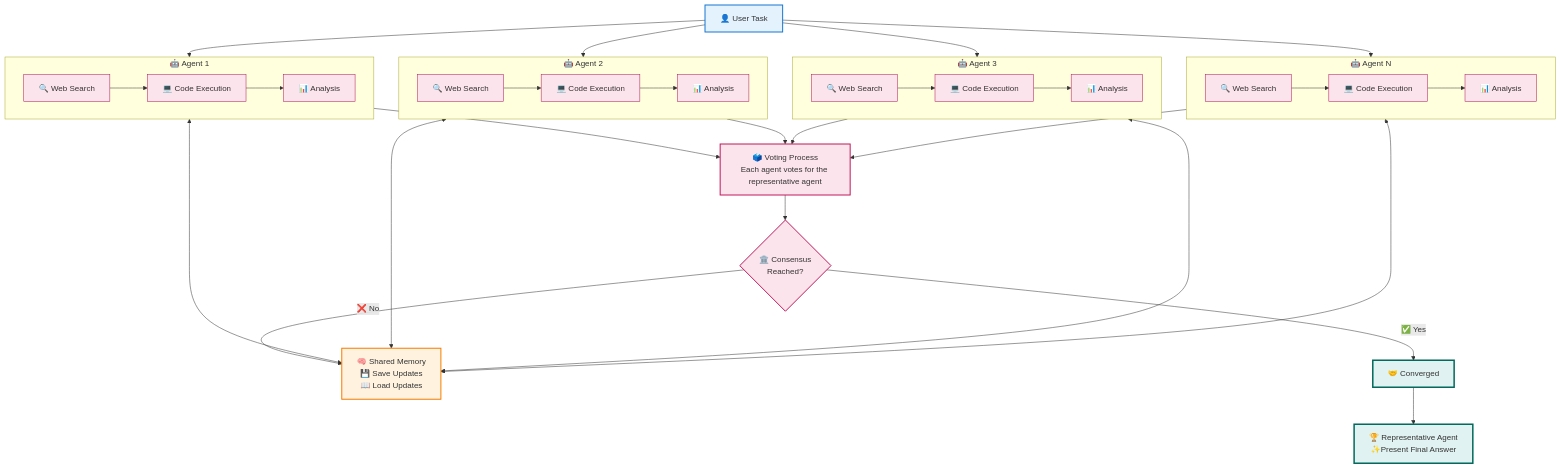
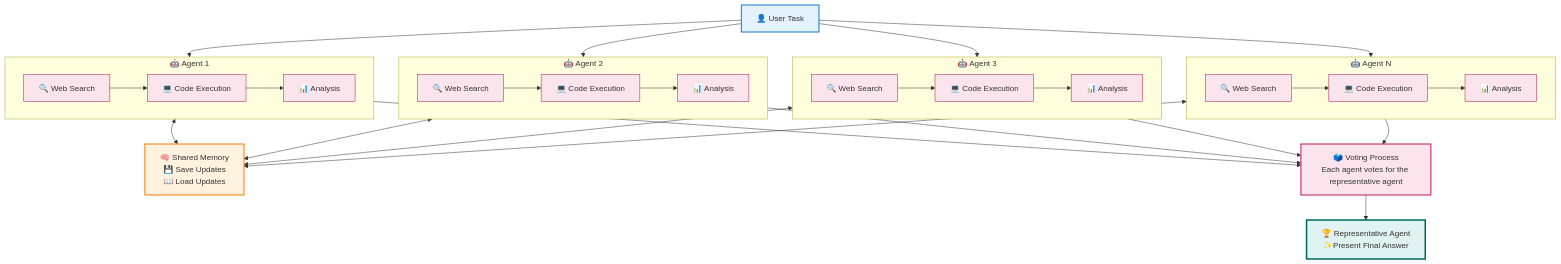
Before and after one commit to qidanrui/MassGen: the diagram in README.md, drawn with Mermaid. The commit also changed other lines of this file, not shown here.

````diff
--- a/README.md
+++ b/README.md
@@ -104,17 +106,8 @@
     A3_Block --> V
     AN_Block --> V
     
-    %% Consensus Check
-    V --> C{🏛️ Consensus<br/>Reached?}
-    
-    %% No Consensus - back to shared memory for more collaboration
-    C -->|❌ No| SM
-    
-    %% Consensus Reached
-    C -->|✅ Yes| R[🤝 Converged]
-    
     %% Final Answer by Representative Agent
-    R --> F[🏆 Representative Agent<br/>✨Present Final Answer]
+    V --> F[🏆 Representative Agent<br/>✨Present Final Answer]
     
     %% Styling
     classDef userNode fill:#e3f2fd,stroke:#1976d2,stroke-width:2px
@@ -127,6 +120,6 @@
     class U userNode
     class A1_Search,A1_Code,A1_Analysis,A2_Search,A2_Code,A2_Analysis,A3_Search,A3_Code,A3_Analysis,AN_Search,AN_Code,AN_Analysis agentSubNode
     class SM memoryNode
-    class V,C voteNode
-    class R,F finalNode
+    class V voteNode
+    class F finalNode
 ```
````
